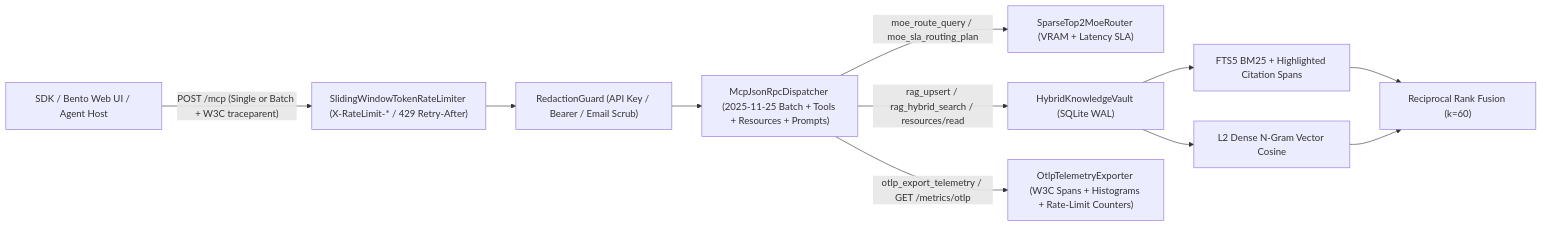
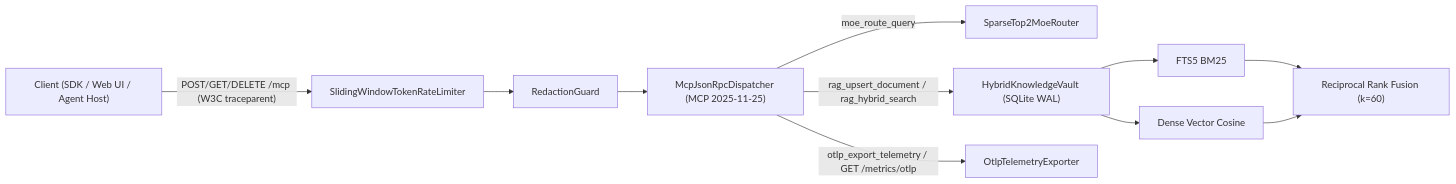
Before and after one commit to nahianakhtar/mcp-moe-hybrid-sdk: the diagram in README.md, drawn with Mermaid. The commit also changed other lines of this file, not shown here.

Commit message:
loop(4): Milestone 4: Tighten README.md into a concise client-facing showcase (problem solved, architecture overview, 30-second quickstart, sample CLI/MCP usage, and exact verified test commands).

````diff
--- a/README.md
+++ b/README.md
@@ -13,13 +22,13 @@
 ```mermaid
 flowchart LR
-    Client["SDK / Bento Web UI / Agent Host"] -->|"POST /mcp (Single or Batch + W3C traceparent)"| Limiter["SlidingWindowTokenRateLimiter (X-RateLimit-* / 429 Retry-After)"]
-    Limiter --> Guard["RedactionGuard (API Key / Bearer / Email Scrub)"]
-    Guard --> Disp["McpJsonRpcDispatcher (2025-11-25 Batch + Tools + Resources + Prompts)"]
-    Disp -->|"moe_route_query / moe_sla_routing_plan"| Router["SparseTop2MoeRouter (VRAM + Latency SLA)"]
-    Disp -->|"rag_upsert / rag_hybrid_search / resources/read"| Vault["HybridKnowledgeVault (SQLite WAL)"]
-    Disp -->|"otlp_export_telemetry / GET /metrics/otlp"| OTLP["OtlpTelemetryExporter (W3C Spans + Histograms + Rate-Limit Counters)"]
-    Vault --> FTS["FTS5 BM25 + Highlighted Citation Spans"]
-    Vault --> Vec["L2 Dense N-Gram Vector Cosine"]
+    Client["Client (SDK / Web UI / Agent Host)"] -->|"POST/GET/DELETE /mcp (W3C traceparent)"| Limiter["SlidingWindowTokenRateLimiter"]
+    Limiter --> Guard["RedactionGuard"]
+    Guard --> Disp["McpJsonRpcDispatcher (MCP 2025-11-25)"]
+    Disp -->|"moe_route_query"| Router["SparseTop2MoeRouter"]
+    Disp -->|"rag_upsert_document / rag_hybrid_search"| Vault["HybridKnowledgeVault (SQLite WAL)"]
+    Disp -->|"otlp_export_telemetry / GET /metrics/otlp"| OTLP["OtlpTelemetryExporter"]
+    Vault --> FTS["FTS5 BM25"]
+    Vault --> Vec["Dense Vector Cosine"]
     FTS --> RRF["Reciprocal Rank Fusion (k=60)"]
     Vec --> RRF
 ```
````
